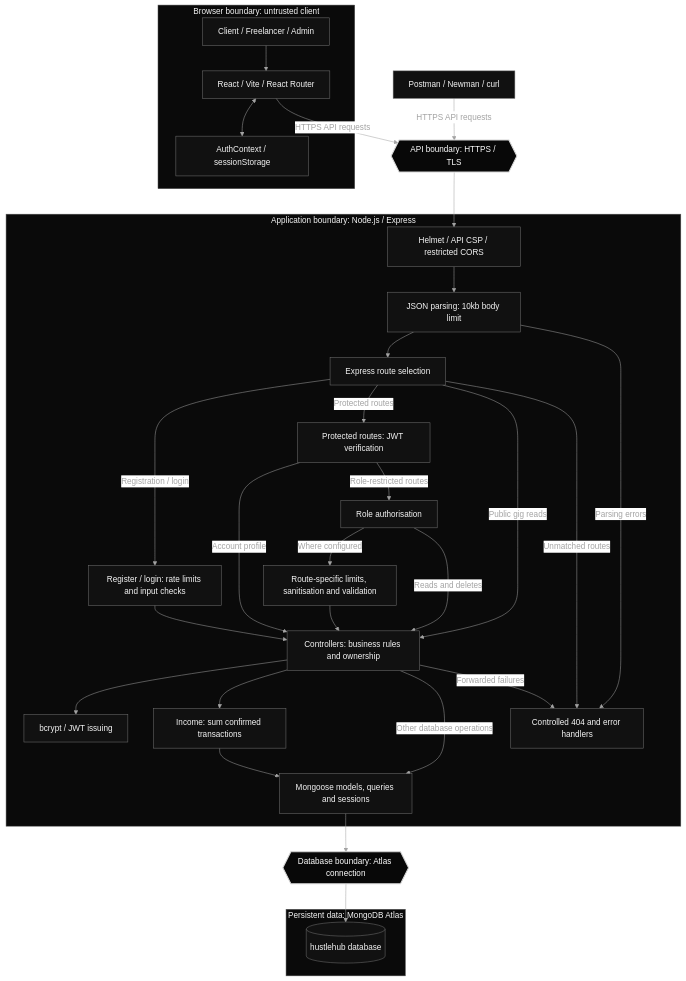
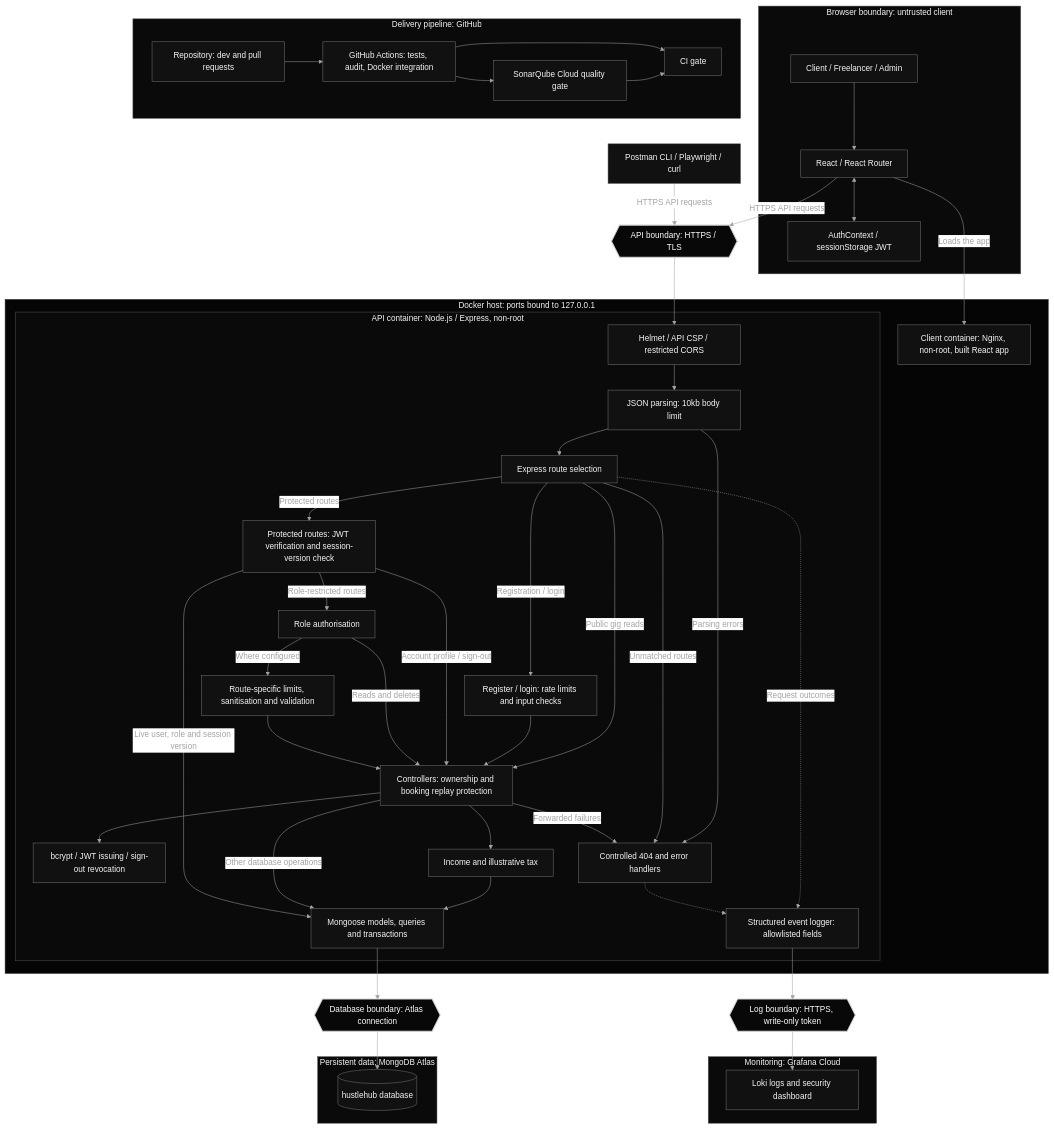
One commit to ST10437403-JamesMaherry/HustleHub-Plus changed the diagram in docs/architecture/hustlehub-architecture.mmd. Above: the diagram before and after it, drawn with Mermaid (neutral theme). The commit also changed 2 other files, not shown here.

Commit message:
docs(architecture): refresh trust boundaries and deployment diagram

```diff
--- a/docs/architecture/hustlehub-architecture.mmd
+++ b/docs/architecture/hustlehub-architecture.mmd
@@ -1,61 +1,90 @@
 flowchart TB
     subgraph BROWSER["Browser boundary: untrusted client"]
         ACTORS["Client / Freelancer / Admin"]
-        REACT["React / Vite / React Router"]
-        SESSION["AuthContext / sessionStorage"]
+        REACT["React / React Router"]
+        SESSION["AuthContext / sessionStorage JWT"]
         ACTORS --> REACT
         REACT <--> SESSION
     end
 
-    TOOLS["Postman / Newman / curl"]
+    TOOLS["Postman CLI / Playwright / curl"]
     HTTPS{{"API boundary: HTTPS / TLS"}}
 
-    subgraph SERVER["Application boundary: Node.js / Express"]
-        HEADERS["Helmet / API CSP / restricted CORS"]
-        BODY["JSON parsing: 10kb body limit"]
-        ROUTES["Express route selection"]
-        AUTH["Register / login: rate limits and input checks"]
-        JWT["Protected routes: JWT verification"]
-        RBAC["Role authorisation"]
-        INPUT["Route-specific limits, sanitisation and validation"]
-        CTRL["Controllers: business rules and ownership"]
-        CREDENTIALS["bcrypt / JWT issuing"]
-        INCOME["Income: sum confirmed transactions"]
-        MONGOOSE["Mongoose models, queries and sessions"]
-        ERRORS["Controlled 404 and error handlers"]
+    subgraph HOST["Docker host: ports bound to 127.0.0.1"]
+        NGINX["Client container: Nginx, non-root, built React app"]
 
-        HEADERS --> BODY --> ROUTES
-        ROUTES -->|"Registration / login"| AUTH
-        ROUTES -->|"Protected routes"| JWT
-        ROUTES -->|"Public gig reads"| CTRL
-        AUTH --> CTRL
-        JWT -->|"Account profile"| CTRL
-        JWT -->|"Role-restricted routes"| RBAC
-        RBAC -->|"Where configured"| INPUT
-        RBAC -->|"Reads and deletes"| CTRL
-        INPUT --> CTRL
-        CTRL --> CREDENTIALS
-        CTRL --> INCOME --> MONGOOSE
-        CTRL -->|"Other database operations"| MONGOOSE
-        BODY -->|"Parsing errors"| ERRORS
-        ROUTES -->|"Unmatched routes"| ERRORS
-        CTRL -->|"Forwarded failures"| ERRORS
+        subgraph SERVER["API container: Node.js / Express, non-root"]
+            HEADERS["Helmet / API CSP / restricted CORS"]
+            BODY["JSON parsing: 10kb body limit"]
+            ROUTES["Express route selection"]
+            AUTH["Register / login: rate limits and input checks"]
+            JWT["Protected routes: JWT verification and session-version check"]
+            RBAC["Role authorisation"]
+            INPUT["Route-specific limits, sanitisation and validation"]
+            CTRL["Controllers: ownership and booking replay protection"]
+            CREDENTIALS["bcrypt / JWT issuing / sign-out revocation"]
+            INCOME["Income and illustrative tax"]
+            MONGOOSE["Mongoose models, queries and transactions"]
+            ERRORS["Controlled 404 and error handlers"]
+            LOGGER["Structured event logger: allowlisted fields"]
+
+            HEADERS --> BODY --> ROUTES
+            ROUTES -->|"Registration / login"| AUTH
+            ROUTES -->|"Protected routes"| JWT
+            ROUTES -->|"Public gig reads"| CTRL
+            AUTH --> CTRL
+            JWT -->|"Account profile / sign-out"| CTRL
+            JWT -->|"Role-restricted routes"| RBAC
+            RBAC -->|"Where configured"| INPUT
+            RBAC -->|"Reads and deletes"| CTRL
+            INPUT --> CTRL
+            CTRL --> CREDENTIALS
+            CTRL --> INCOME --> MONGOOSE
+            CTRL -->|"Other database operations"| MONGOOSE
+            JWT -->|"Live user, role and session version"| MONGOOSE
+            BODY -->|"Parsing errors"| ERRORS
+            ROUTES -->|"Unmatched routes"| ERRORS
+            CTRL -->|"Forwarded failures"| ERRORS
+            ROUTES -.->|"Request outcomes"| LOGGER
+            ERRORS -.-> LOGGER
+        end
     end
 
     DBBOUNDARY{{"Database boundary: Atlas connection"}}
     subgraph DATA["Persistent data: MongoDB Atlas"]
         MONGO[("hustlehub database")]
     end
 
+    LOGBOUNDARY{{"Log boundary: HTTPS, write-only token"}}
+    subgraph MONITOR["Monitoring: Grafana Cloud"]
+        LOKI["Loki logs and security dashboard"]
+    end
+
+    subgraph PIPE["Delivery pipeline: GitHub"]
+        REPO["Repository: dev and pull requests"]
+        GHA["GitHub Actions: tests, audit, Docker integration"]
+        SONAR["SonarQube Cloud quality gate"]
+        GATE["CI gate"]
+        REPO --> GHA
+        GHA --> SONAR
+        GHA --> GATE
+        SONAR --> GATE
+    end
+
+    REACT -->|"Loads the app"| NGINX
     REACT -->|"HTTPS API requests"| HTTPS
     TOOLS -->|"HTTPS API requests"| HTTPS
     HTTPS --> HEADERS
     MONGOOSE --> DBBOUNDARY --> MONGO
+    LOGGER --> LOGBOUNDARY --> LOKI
 
     classDef default fill:#111111,stroke:#737373,color:#f5f5f5
     classDef boundary fill:#080808,stroke:#d4d4d4,stroke-width:2px,color:#ffffff
-    class HTTPS,DBBOUNDARY boundary
+    class HTTPS,DBBOUNDARY,LOGBOUNDARY boundary
     style BROWSER fill:#0a0a0a,stroke:#525252,color:#f5f5f5
+    style HOST fill:#050505,stroke:#3f3f3f,color:#f5f5f5
     style SERVER fill:#0a0a0a,stroke:#525252,color:#f5f5f5
     style DATA fill:#0a0a0a,stroke:#525252,color:#f5f5f5
+    style MONITOR fill:#0a0a0a,stroke:#525252,color:#f5f5f5
+    style PIPE fill:#0a0a0a,stroke:#525252,color:#f5f5f5
     linkStyle default stroke:#a3a3a3,color:#a3a3a3
```
